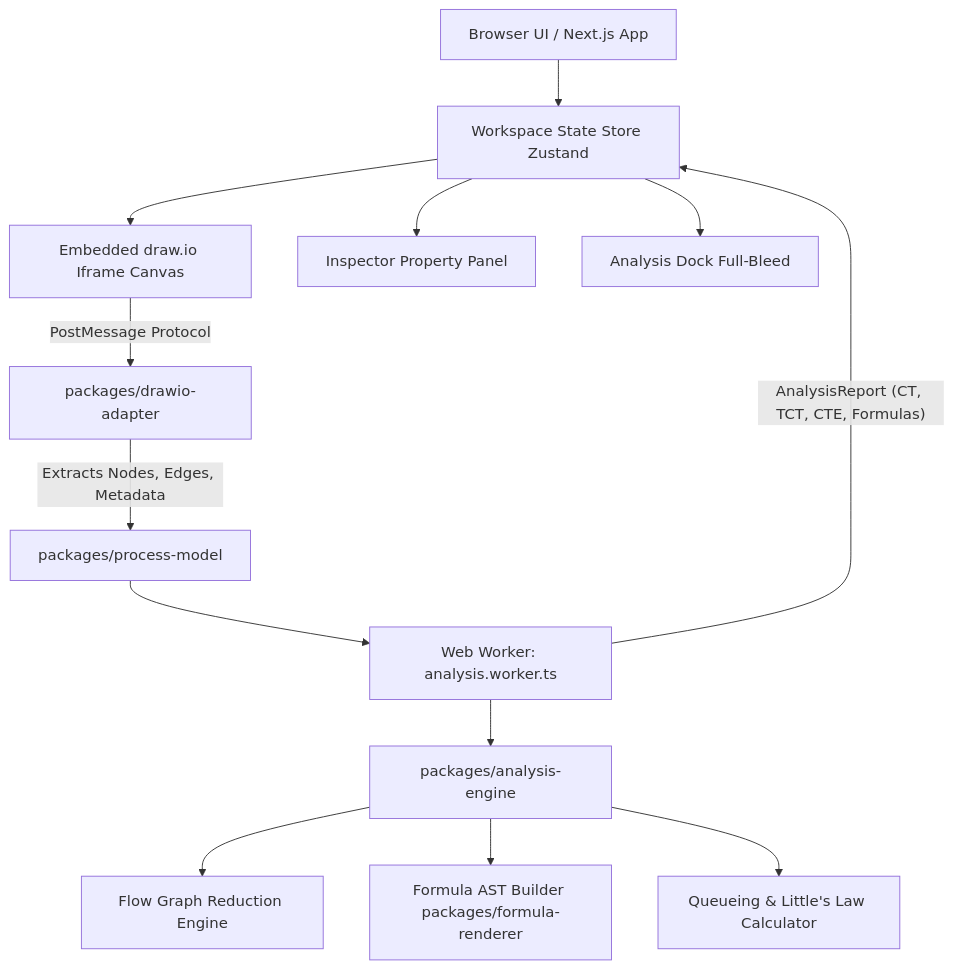
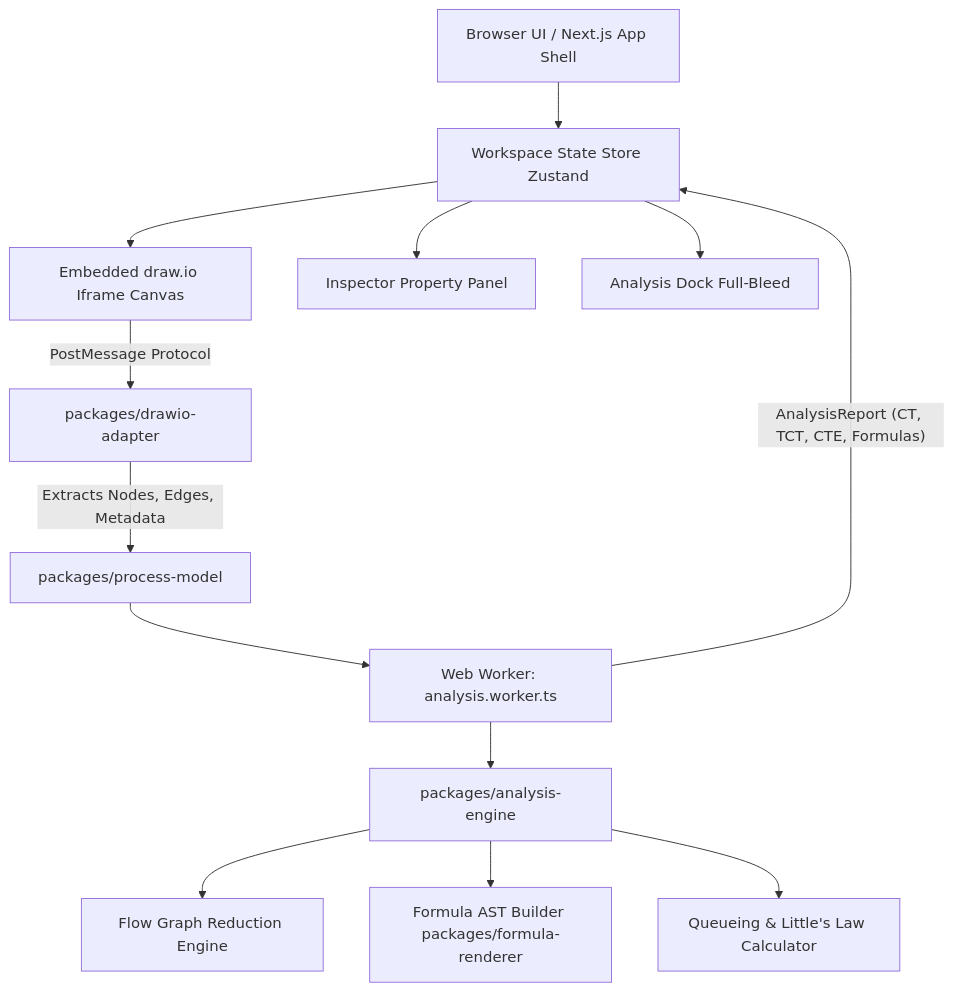
One commit to thang-uit/Flowculus changed the first of 2 diagrams in README.md. Above: the diagram before and after it, drawn with Mermaid. The commit also changed other lines of this file, not shown here.

````diff
--- a/README.md
+++ b/README.md
@@ -119,18 +124,18 @@
 ```mermaid
 graph TD
-    A[Browser UI / Next.js App] --> B[Workspace State Store Zustand]
+    A[Browser UI / Next.js App Shell] --> B[Workspace State Store Zustand]
     B --> C[Embedded draw.io Iframe Canvas]
     B --> D[Inspector Property Panel]
     B --> E[Analysis Dock Full-Bleed]
 
     C -- "PostMessage Protocol" --> F[packages/drawio-adapter]
     F -- "Extracts Nodes, Edges, Metadata" --> G[packages/process-model]
 
     G --> H[Web Worker: analysis.worker.ts]
     H --> I[packages/analysis-engine]
     I --> J[Flow Graph Reduction Engine]
     I --> K[Formula AST Builder packages/formula-renderer]
     I --> L[Queueing & Little's Law Calculator]
 
     H -- "AnalysisReport (CT, TCT, CTE, Formulas)" --> B
 ```
````
